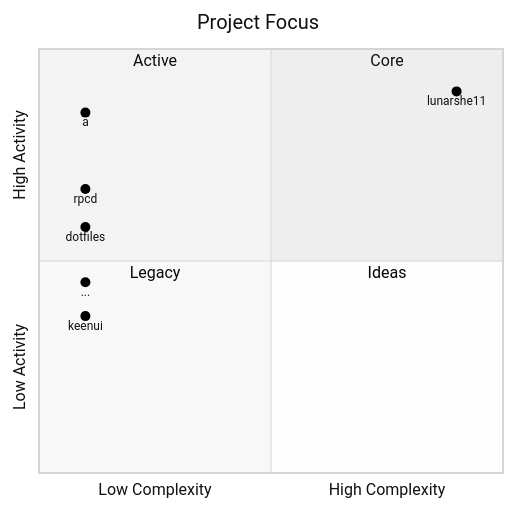
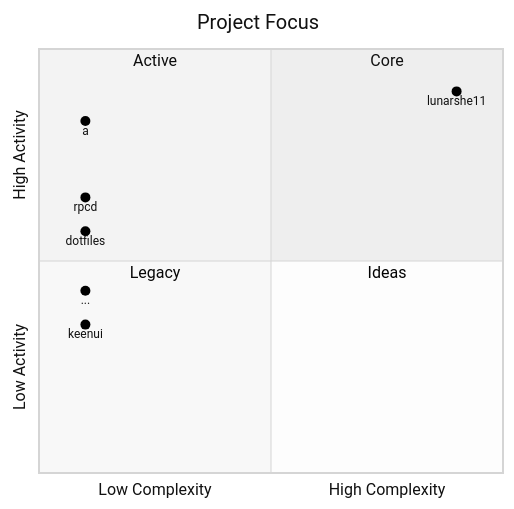
Before and after one commit to lunarshe11/lunarshe11: the first of 3 diagrams in README.md, drawn with Mermaid (neutral theme). The commit also changed other lines of this file, not shown here.

Commit message:
auto: update log activity 2026-10-30 10:05:07

````diff
--- a/README.md
+++ b/README.md
@@ -13,16 +13,16 @@
 ```mermaid
 quadrantChart
     title Project Focus
     x-axis Low Complexity --> High Complexity
     y-axis Low Activity --> High Activity
     quadrant-1 Core
     quadrant-2 Active
     quadrant-3 Legacy
     quadrant-4 Ideas
     lunarshe11: [0.9, 0.9]
-    a: [0.1, 0.85]
-    rpcd: [0.1, 0.67]
-    dotfiles: [0.1, 0.58]
-    ...: [0.1, 0.45]
-    keenui: [0.1, 0.37]
+    a: [0.1, 0.83]
+    rpcd: [0.1, 0.65]
+    dotfiles: [0.1, 0.57]
+    ...: [0.1, 0.43]
+    keenui: [0.1, 0.35]
 ```
````
